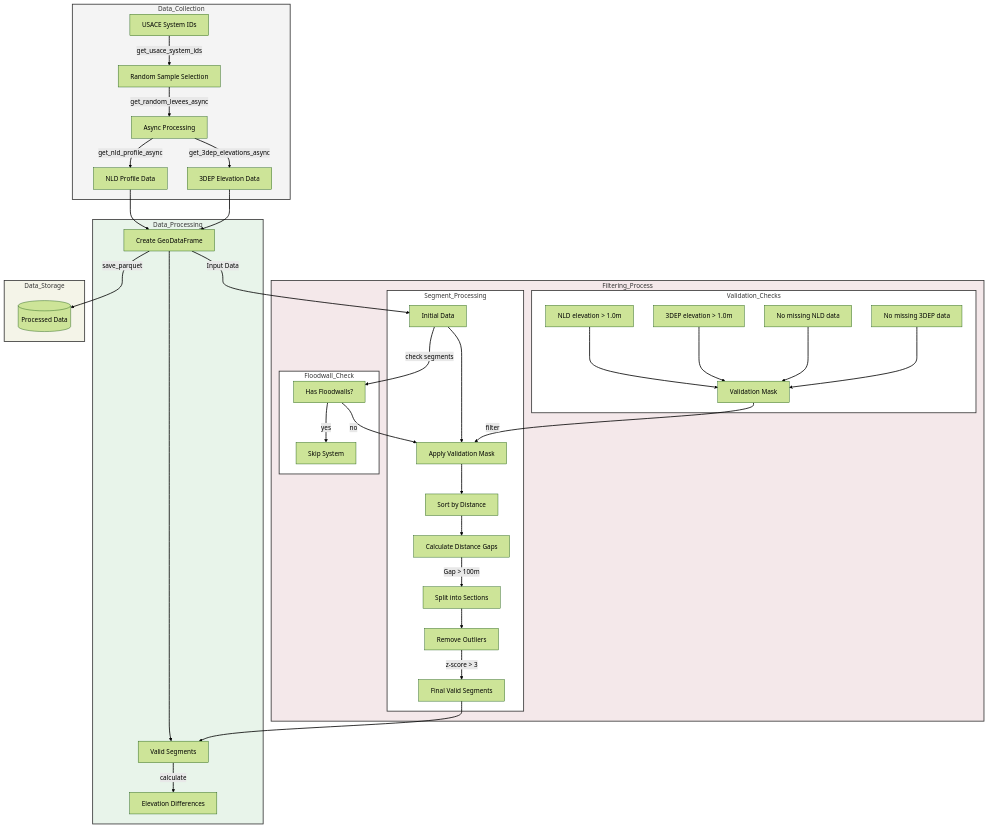
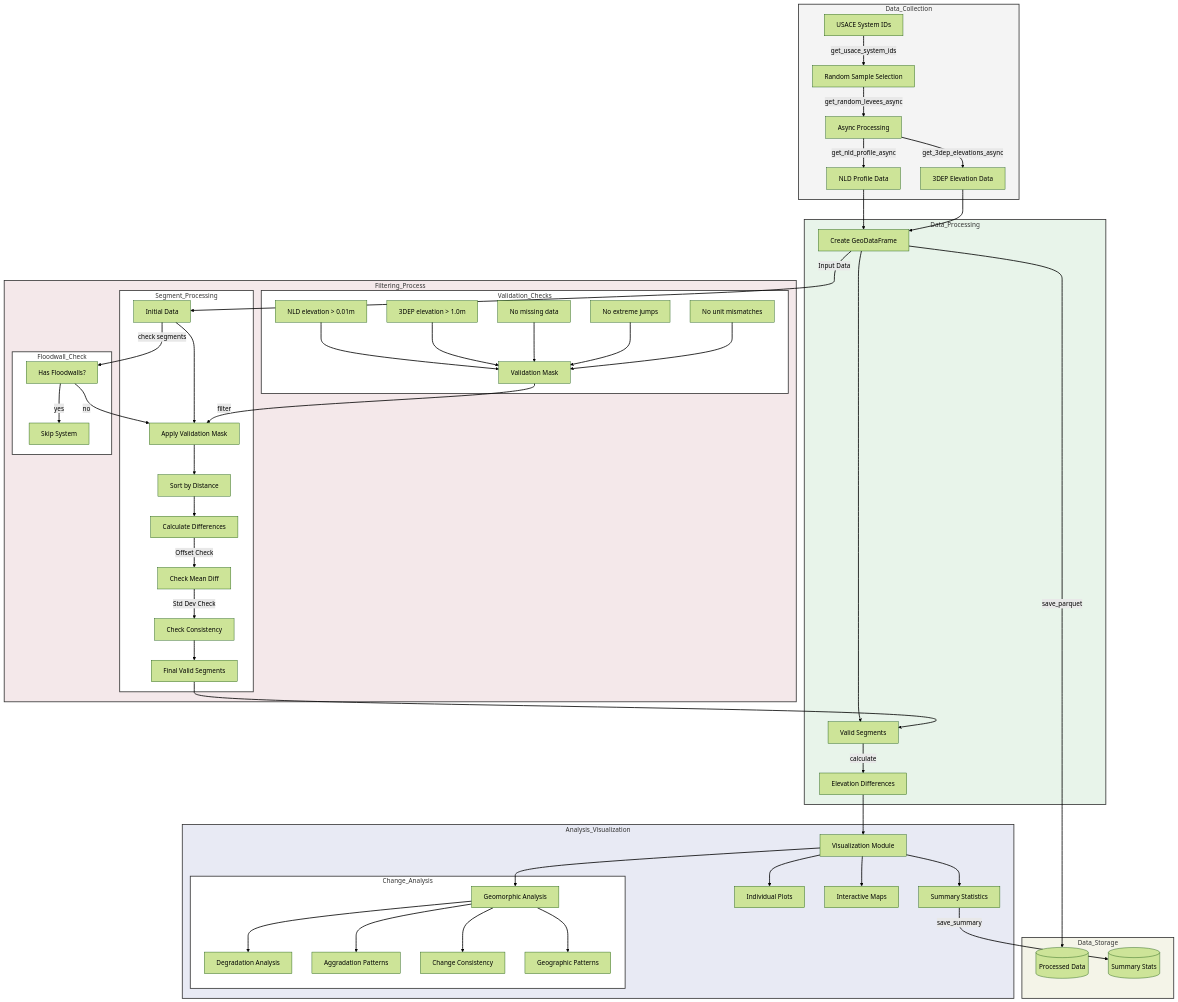
One commit to jameshgrn/army_levees changed the diagram in README.md. Above: the diagram before and after it, drawn with Mermaid (forest theme). The commit also changed other lines of this file, not shown here.

````diff
--- a/README.md
+++ b/README.md
@@ -14,60 +15,79 @@
 ```mermaid
 graph TD
     subgraph Data_Collection
         A[USACE System IDs] -->|get_usace_system_ids| B[Random Sample Selection]
         B -->|get_random_levees_async| C[Async Processing]
         C -->|get_nld_profile_async| D[NLD Profile Data]
         C -->|get_3dep_elevations_async| E[3DEP Elevation Data]
     end
 
     subgraph Data_Processing
         D --> F[Create GeoDataFrame]
         E --> F
         F --> G[Valid Segments]
         G -->|calculate| H[Elevation Differences]
     end
 
     subgraph Filtering_Process
         F -->|Input Data| V0[Initial Data]
 
         subgraph Validation_Checks
-            V1[NLD elevation > 1.0m] --> VM[Validation Mask]
+            V1[NLD elevation > 0.01m] --> VM[Validation Mask]
             V2[3DEP elevation > 1.0m] --> VM
-            V3[No missing NLD data] --> VM
-            V4[No missing 3DEP data] --> VM
+            V3[No missing data] --> VM
+            V4[No extreme jumps] --> VM
+            V5[No unit mismatches] --> VM
         end
 
         subgraph Segment_Processing
             V0 --> S1[Apply Validation Mask]
             VM -->|filter| S1
             S1 --> S2[Sort by Distance]
-            S2 --> S3[Calculate Distance Gaps]
-            S3 -->|Gap > 100m| S4[Split into Sections]
-            S4 --> S5[Remove Outliers]
-            S5 -->|z-score > 3| S6[Final Valid Segments]
+            S2 --> S3[Calculate Differences]
+            S3 -->|Offset Check| S4[Check Mean Diff]
+            S4 -->|Std Dev Check| S5[Check Consistency]
+            S5 --> S6[Final Valid Segments]
         end
 
         subgraph Floodwall_Check
             V0 -->|check segments| FW[Has Floodwalls?]
             FW -->|yes| Skip[Skip System]
             FW -->|no| S1
         end
 
         S6 --> G
     end
 
+    subgraph Analysis_Visualization
+        H --> V[Visualization Module]
+        V --> P1[Individual Plots]
+        V --> P2[Summary Statistics]
+        V --> P3[Interactive Maps]
+        V --> P4[Geomorphic Analysis]
+        
+        subgraph Change_Analysis
+            P4 --> CA1[Degradation Analysis]
+            P4 --> CA2[Aggradation Patterns]
+            P4 --> CA3[Change Consistency]
+            P4 --> CA4[Geographic Patterns]
+        end
+    end
+
     subgraph Data_Storage
         F -->|save_parquet| P[(Processed Data)]
+        P2 -->|save_summary| S[(Summary Stats)]
     end
 
     linkStyle default stroke-width:2px
 
     style Data_Collection fill:#f4f4f4,stroke:#333,stroke-width:2px
     style Data_Processing fill:#e8f4ea,stroke:#333,stroke-width:2px
     style Filtering_Process fill:#f4e8ea,stroke:#333,stroke-width:2px
+    style Analysis_Visualization fill:#e8eaf4,stroke:#333,stroke-width:2px
     style Data_Storage fill:#f4f4e8,stroke:#333,stroke-width:2px
 
     style Validation_Checks fill:#fff,stroke:#333,stroke-width:2px
     style Segment_Processing fill:#fff,stroke:#333,stroke-width:2px
     style Floodwall_Check fill:#fff,stroke:#333,stroke-width:2px
+    style Change_Analysis fill:#fff,stroke:#333,stroke-width:2px
 ```
````
